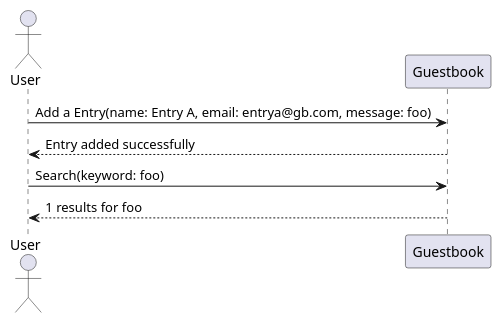
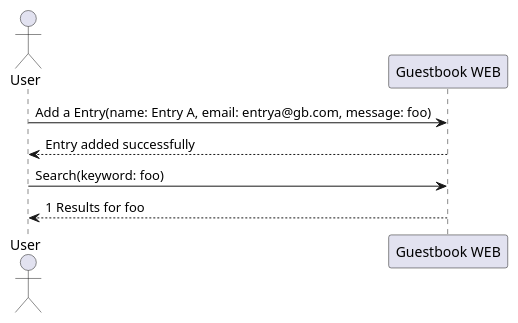
Before and after one commit to lmarqs/liferay-training: the diagram in docs/specifications/happy-day/seq.plantuml, drawn with PlantUML. The commit also changed 1 other file, not shown here.

```diff
--- a/docs/specifications/happy-day/seq.plantuml
+++ b/docs/specifications/happy-day/seq.plantuml
@@ -1,7 +1,9 @@
 @startuml
 actor User
-User -> Guestbook: Add a Entry(name: Entry A, email: entrya@gb.com, message: foo)
-User <-- Guestbook: Entry added successfully
-User -> Guestbook: Search(keyword: foo)
-User <-- Guestbook: 1 results for foo
+participant "Guestbook WEB" as I
+
+User -> I: Add a Entry(name: Entry A, email: entrya@gb.com, message: foo)
+User <-- I: Entry added successfully
+User -> I: Search(keyword: foo)
+User <-- I: 1 Results for foo
 @enduml
```
